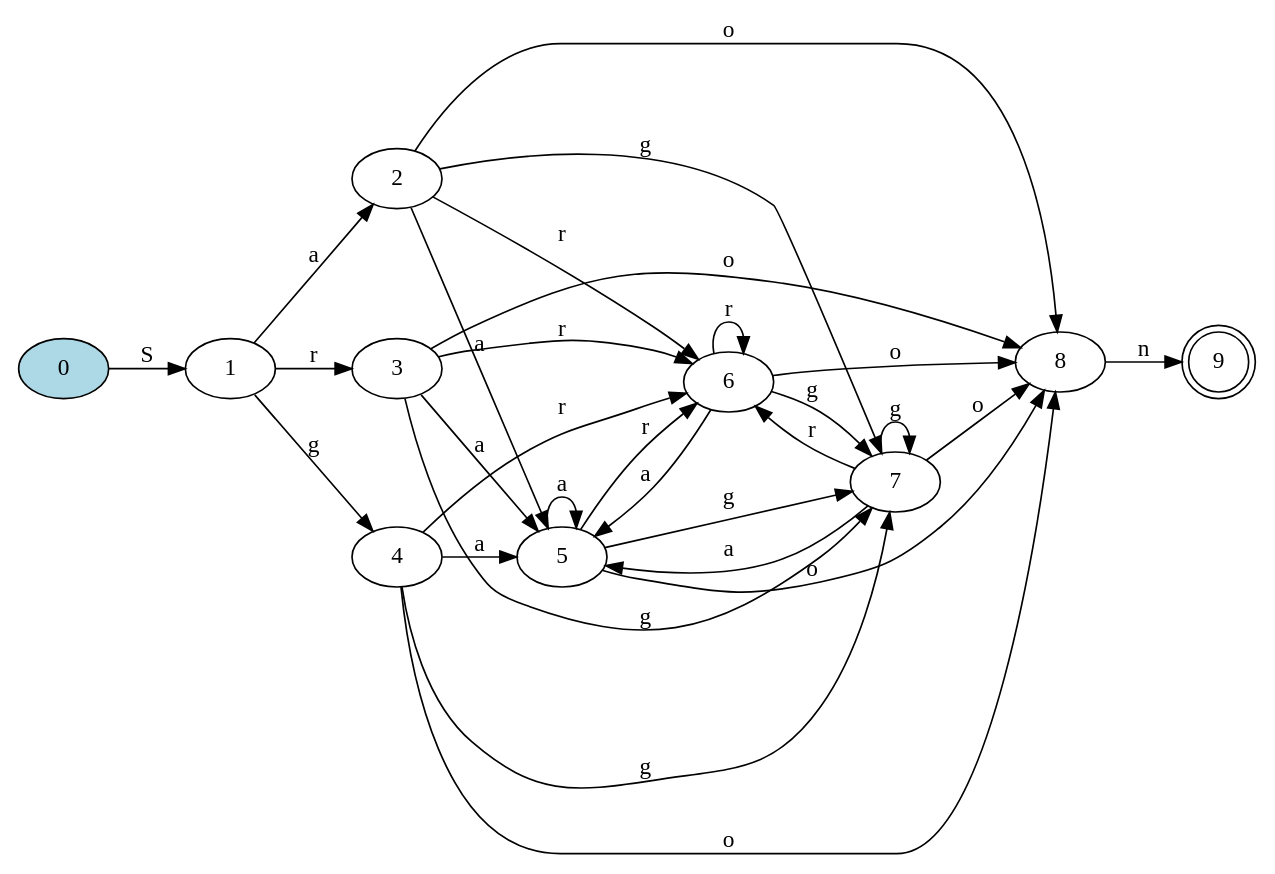
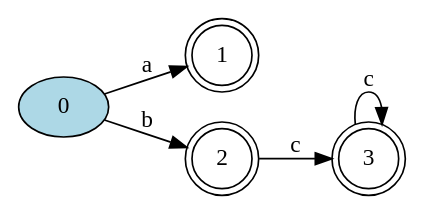
Before and after one commit to Daniel-Sima/Clone-of-the-egrep-UNIX-command: the diagram in DFA.dot, drawn with Graphviz. The commit also changed 14 other files, not shown here.

```diff
--- a/DFA.dot
+++ b/DFA.dot
@@ -1,36 +1,13 @@
 digraph {
 	rankdir=LR;
 
-	9 [shape=doublecircle]
+	1 [shape=doublecircle]
+	2 [shape=doublecircle]
+	3 [shape=doublecircle]
 	0 [style=filled, fillcolor="lightblue"]
 
-	0->1 [label= "S"];
-	1->2 [label= "a"];
-	1->3 [label= "r"];
-	1->4 [label= "g"];
-	2->5 [label= "a"];
-	2->6 [label= "r"];
-	2->7 [label= "g"];
-	2->8 [label= "o"];
-	3->5 [label= "a"];
-	3->6 [label= "r"];
-	3->7 [label= "g"];
-	3->8 [label= "o"];
-	4->5 [label= "a"];
-	4->6 [label= "r"];
-	4->7 [label= "g"];
-	4->8 [label= "o"];
-	5->5 [label= "a"];
-	5->6 [label= "r"];
-	5->7 [label= "g"];
-	5->8 [label= "o"];
-	6->5 [label= "a"];
-	6->6 [label= "r"];
-	6->7 [label= "g"];
-	6->8 [label= "o"];
-	7->5 [label= "a"];
-	7->6 [label= "r"];
-	7->7 [label= "g"];
-	7->8 [label= "o"];
-	8->9 [label= "n"];
+	0->1 [label= "a"];
+	0->2 [label= "b"];
+	2->3 [label= "c"];
+	3->3 [label= "c"];
 }
```
